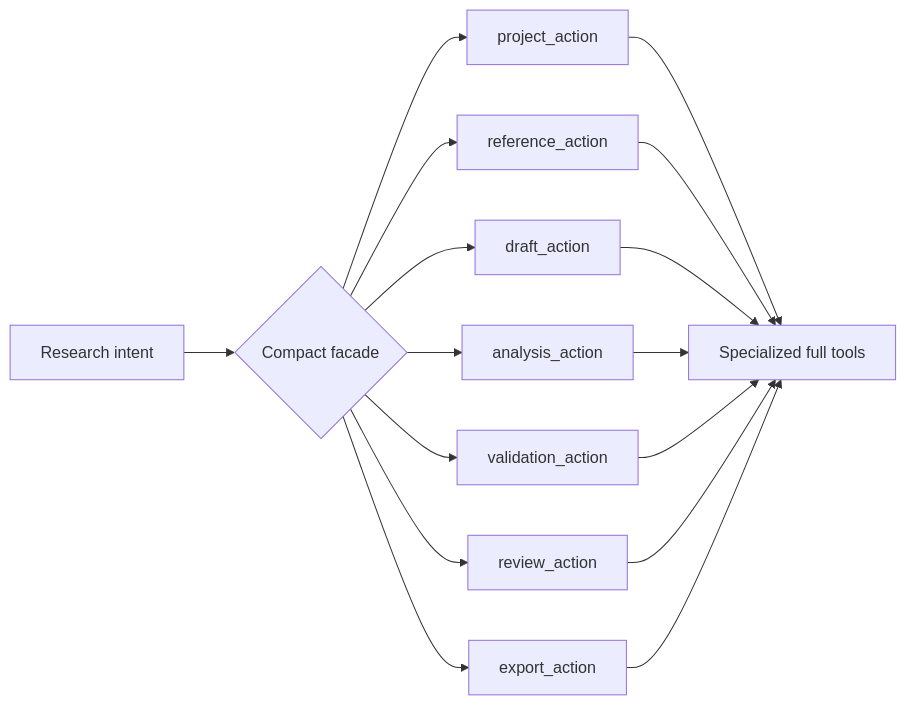
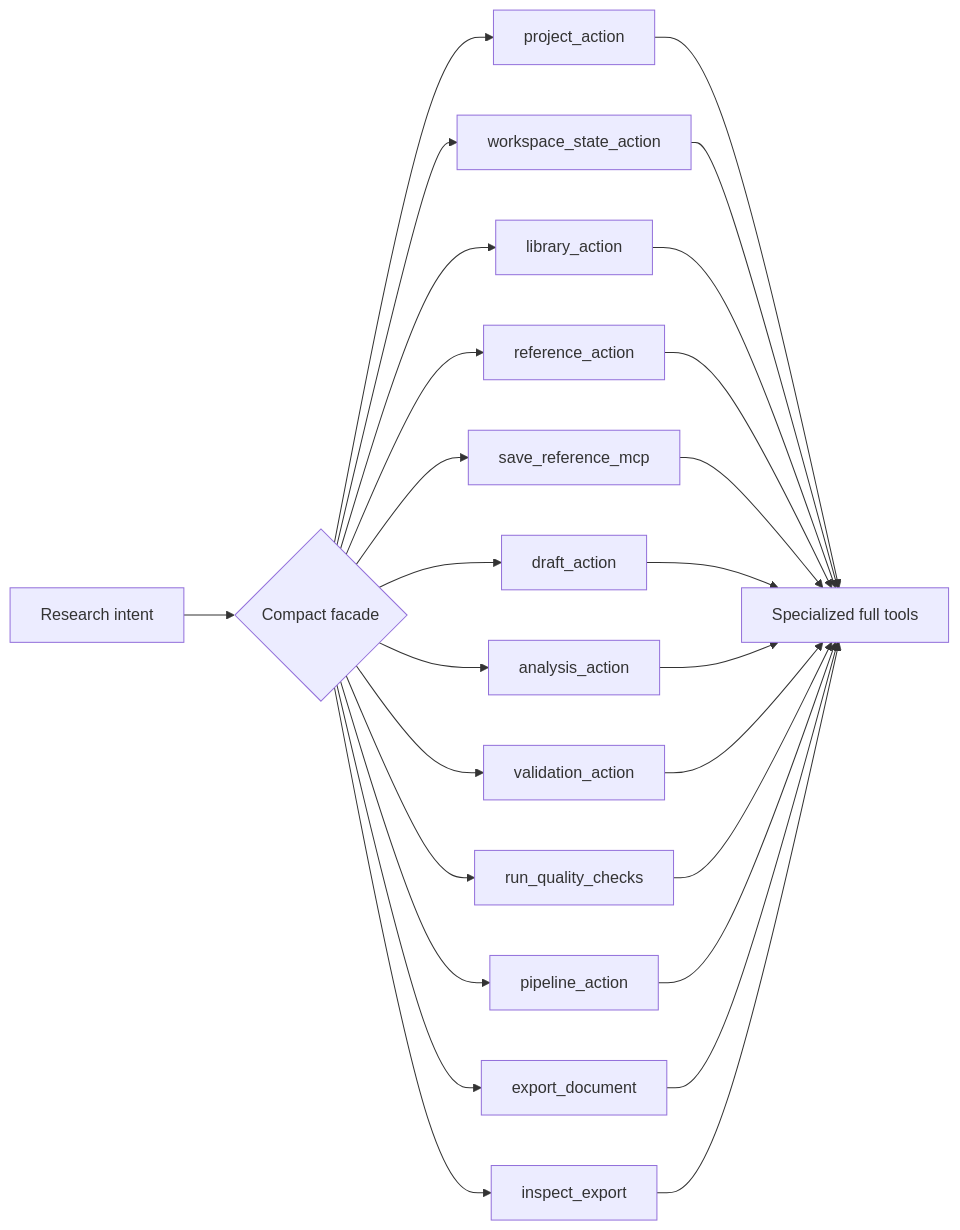
The third of 4 diagrams in docs/wiki/mcp-ecosystem.md (u9401066/med-paper-assistant), drawn with Mermaid before and after one commit. The commit also changed other lines of this file and 36 other files, not shown here.

````diff
--- a/docs/wiki/mcp-ecosystem.md
+++ b/docs/wiki/mcp-ecosystem.md
@@ -60,12 +60,17 @@
 ```mermaid
 flowchart LR
     Intent[Research intent] --> Compact{Compact facade}
     Compact --> Project[project_action]
+    Compact --> Workspace[workspace_state_action]
+    Compact --> Library[library_action]
     Compact --> Reference[reference_action]
+    Compact --> VerifiedSave[save_reference_mcp]
     Compact --> Draft[draft_action]
     Compact --> Analysis[analysis_action]
     Compact --> Validation[validation_action]
-    Compact --> Review[review_action]
-    Compact --> Export[export_action]
-    Project & Reference & Draft & Analysis & Validation & Review & Export --> Full[Specialized full tools]
+    Compact --> Review[run_quality_checks]
+    Compact --> Pipeline[pipeline_action]
+    Compact --> Export[export_document]
+    Compact --> Inspect[inspect_export]
+    Project & Workspace & Library & Reference & VerifiedSave & Draft & Analysis & Validation & Review & Pipeline & Export & Inspect --> Full[Specialized full tools]
 ```
````
